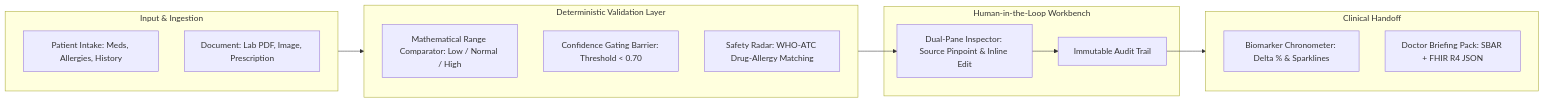
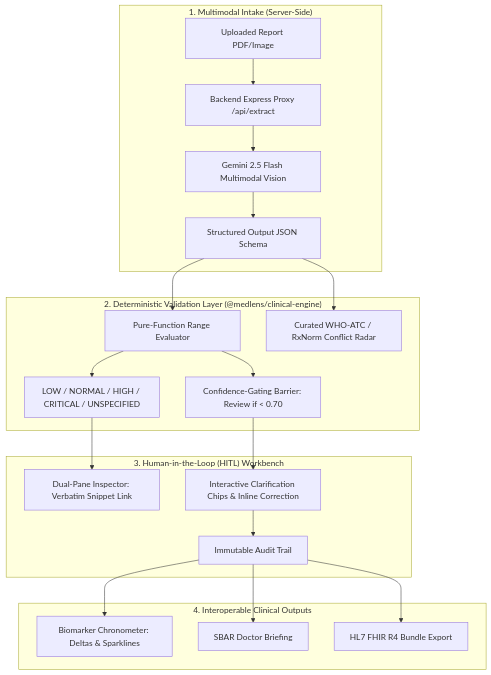
One commit to kritishreddy72-jpg/medlens changed the diagram in REPORT.md. Above: the diagram before and after it, drawn with Mermaid. The commit also changed other lines of this file and 1 other file, not shown here.

Commit message:
docs: describe curated WHO-ATC lookup table honestly and align report with objective evaluation rubric

````diff
--- a/REPORT.md
+++ b/REPORT.md
@@ -22,28 +12,27 @@
 ```mermaid
-flowchart LR
-    subgraph Ingestion["Input & Ingestion"]
-        In1[Patient Intake: Meds, Allergies, History]
-        In2[Document: Lab PDF, Image, Prescription]
+flowchart TD
+    subgraph Ingestion["1. Multimodal Intake (Server-Side)"]
+        Doc[Uploaded Report PDF/Image] --> Proxy[Backend Express Proxy /api/extract]
+        Proxy --> Gemini[Gemini 2.5 Flash Multimodal Vision]
+        Gemini --> Schema[Structured Output JSON Schema]
     end
 
-    subgraph CoreEngine["Deterministic Validation Layer"]
-        Eng1[Mathematical Range Comparator: Low / Normal / High]
-        Eng2[Confidence Gating Barrier: Threshold < 0.70]
-        Eng3[Safety Radar: WHO-ATC Drug-Allergy Matching]
+    subgraph Validation["2. Deterministic Validation Layer (@medlens/clinical-engine)"]
+        Schema --> Engine[Pure-Function Range Evaluator]
+        Engine --> Status[LOW / NORMAL / HIGH / CRITICAL / UNSPECIFIED]
+        Engine --> Gate[Confidence-Gating Barrier: Review if < 0.70]
+        Schema --> Radar[Curated WHO-ATC / RxNorm Conflict Radar]
     end
 
-    subgraph HITL["Human-in-the-Loop Workbench"]
-        Dual[Dual-Pane Inspector: Source Pinpoint & Inline Edit]
-        Audit[Immutable Audit Trail]
+    subgraph HITL["3. Human-in-the-Loop (HITL) Workbench"]
+        Status --> DualPane[Dual-Pane Inspector: Verbatim Snippet Link]
+        Gate --> Clarify[Interactive Clarification Chips & Inline Correction]
+        Clarify --> Audit[Immutable Audit Trail]
     end
 
-    subgraph Output["Clinical Handoff"]
-        Chrono[Biomarker Chronometer: Delta % & Sparklines]
-        SBAR[Doctor Briefing Pack: SBAR + FHIR R4 JSON]
+    subgraph Outputs["4. Interoperable Clinical Outputs"]
+        Audit --> Chrono[Biomarker Chronometer: Deltas & Sparklines]
+        Audit --> SBAR[SBAR Doctor Briefing]
+        Audit --> FHIR[HL7 FHIR R4 Bundle Export]
     end
-
-    Ingestion --> CoreEngine
-    CoreEngine --> Dual
-    Dual --> Audit
-    Audit --> Output
 ```
````
